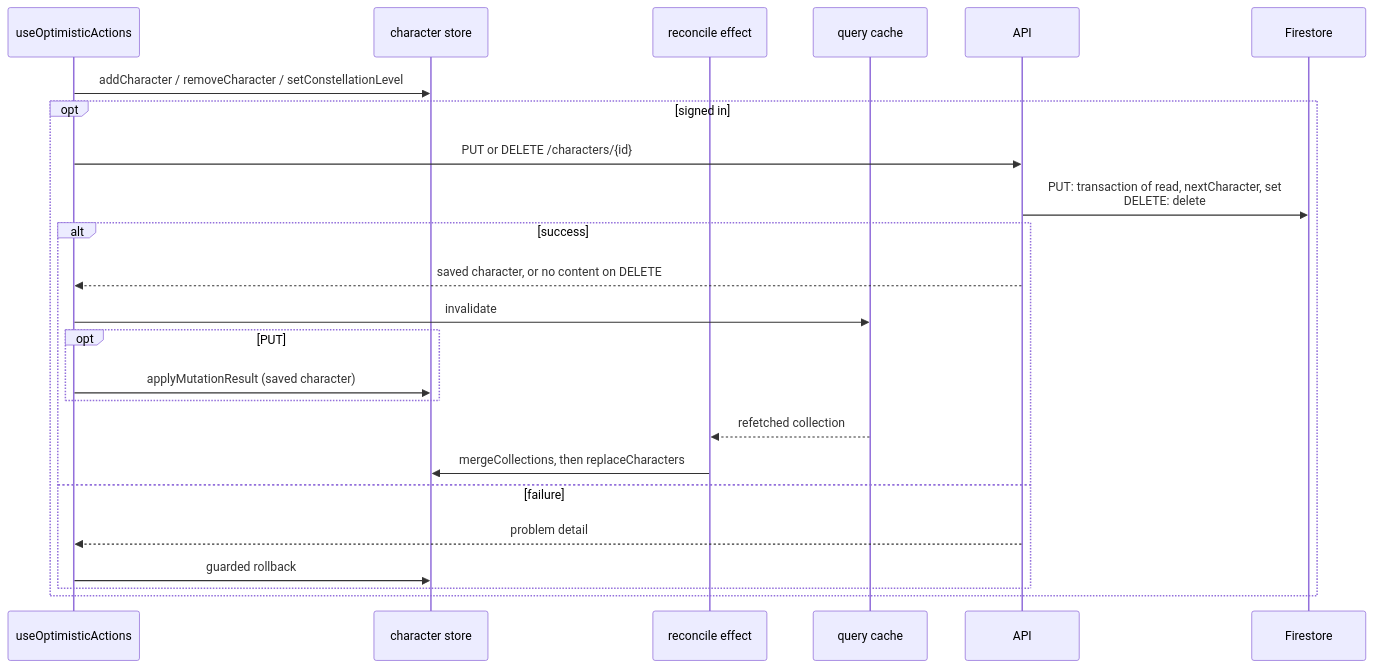
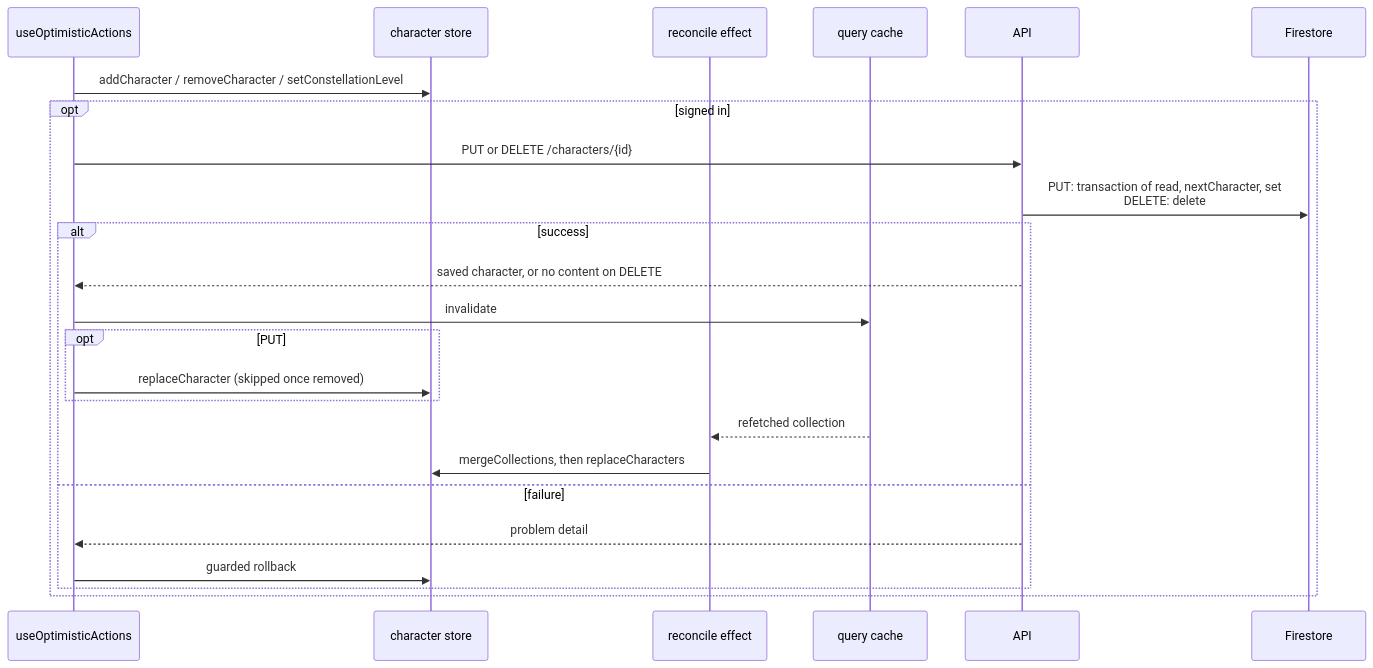
The first of 4 diagrams in docs/reference/data-flow-write-paths.md (dungeon-studio/genshin.dungeon.studio), drawn with Mermaid before and after one commit. The commit also changed 1 other file, not shown here.

Commit message:
docs: state why replaceCharacter skips removed ones
The docstring restated the code, and the write-paths diagram named the
hook callback where the sibling weapons diagram names the store action.

````diff
--- a/docs/reference/data-flow-write-paths.md
+++ b/docs/reference/data-flow-write-paths.md
@@ -40,27 +40,27 @@
 ```mermaid
 sequenceDiagram
   participant Hook as useOptimisticActions
   participant Store as character store
   participant Reconcile as reconcile effect
   participant Cache as query cache
   participant API as API
   participant FS as Firestore
 
   Hook->>Store: addCharacter / removeCharacter / setConstellationLevel
   opt signed in
     Hook->>API: PUT or DELETE /characters/{id}
     API->>FS: PUT: transaction of read, nextCharacter, set<br>DELETE: delete
     alt success
       API-->>Hook: saved character, or no content on DELETE
       Hook->>Cache: invalidate
       opt PUT
-        Hook->>Store: applyMutationResult (saved character)
+        Hook->>Store: replaceCharacter (skipped once removed)
       end
       Cache-->>Reconcile: refetched collection
       Reconcile->>Store: mergeCollections, then replaceCharacters
     else failure
       API-->>Hook: problem detail
       Hook->>Store: guarded rollback
     end
   end
 ```
````
